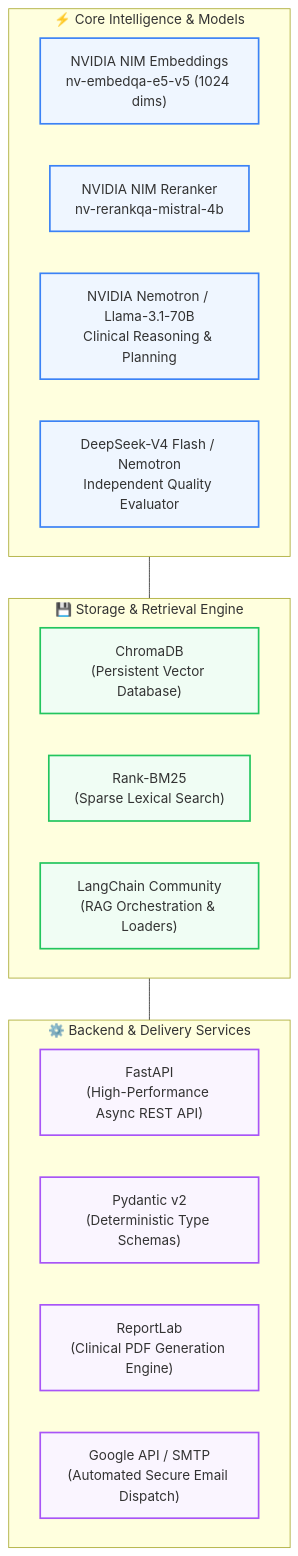
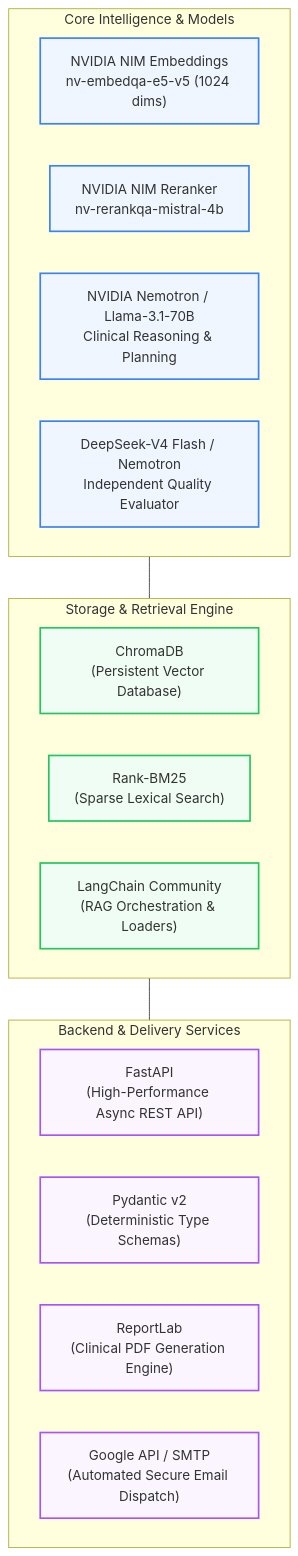
Diagram 11 of 11 in README.md (Minamagdy272/MediScan), drawn with Mermaid before and after one commit. The commit also changed other lines of this file, not shown here.

Commit message:
fix(docs): resolve GitHub markdown Mermaid parse errors and LaTeX escape formatting

````diff
--- a/README.md
+++ b/README.md
@@ -529,31 +529,31 @@
 ```mermaid
 graph TD
-    subgraph CORE ["⚡ Core Intelligence & Models"]
+    subgraph CORE ["Core Intelligence & Models"]
         M1["NVIDIA NIM Embeddings<br/>nv-embedqa-e5-v5 (1024 dims)"]
         M2["NVIDIA NIM Reranker<br/>nv-rerankqa-mistral-4b"]
         M3["NVIDIA Nemotron / Llama-3.1-70B<br/>Clinical Reasoning & Planning"]
         M4["DeepSeek-V4 Flash / Nemotron<br/>Independent Quality Evaluator"]
     end
 
-    subgraph DATA_ENGINE ["💾 Storage & Retrieval Engine"]
+    subgraph DATA_ENGINE ["Storage & Retrieval Engine"]
         D1["ChromaDB<br/>(Persistent Vector Database)"]
         D2["Rank-BM25<br/>(Sparse Lexical Search)"]
         D3["LangChain Community<br/>(RAG Orchestration & Loaders)"]
     end
 
-    subgraph BACKEND_FRAMEWORK ["⚙️ Backend & Delivery Services"]
+    subgraph BACKEND_FRAMEWORK ["Backend & Delivery Services"]
         B1["FastAPI<br/>(High-Performance Async REST API)"]
         B2["Pydantic v2<br/>(Deterministic Type Schemas)"]
         B3["ReportLab<br/>(Clinical PDF Generation Engine)"]
         B4["Google API / SMTP<br/>(Automated Secure Email Dispatch)"]
     end
 
     CORE --- DATA_ENGINE --- BACKEND_FRAMEWORK
 
     classDef coreStyle fill:#eff6ff,stroke:#3b82f6,stroke-width:2px;
     classDef dataStyle fill:#f0fdf4,stroke:#22c55e,stroke-width:2px;
     classDef beStyle fill:#faf5ff,stroke:#a855f7,stroke-width:2px;
     class M1,M2,M3,M4 coreStyle;
     class D1,D2,D3 dataStyle;
     class B1,B2,B3,B4 beStyle;
 ```
````
